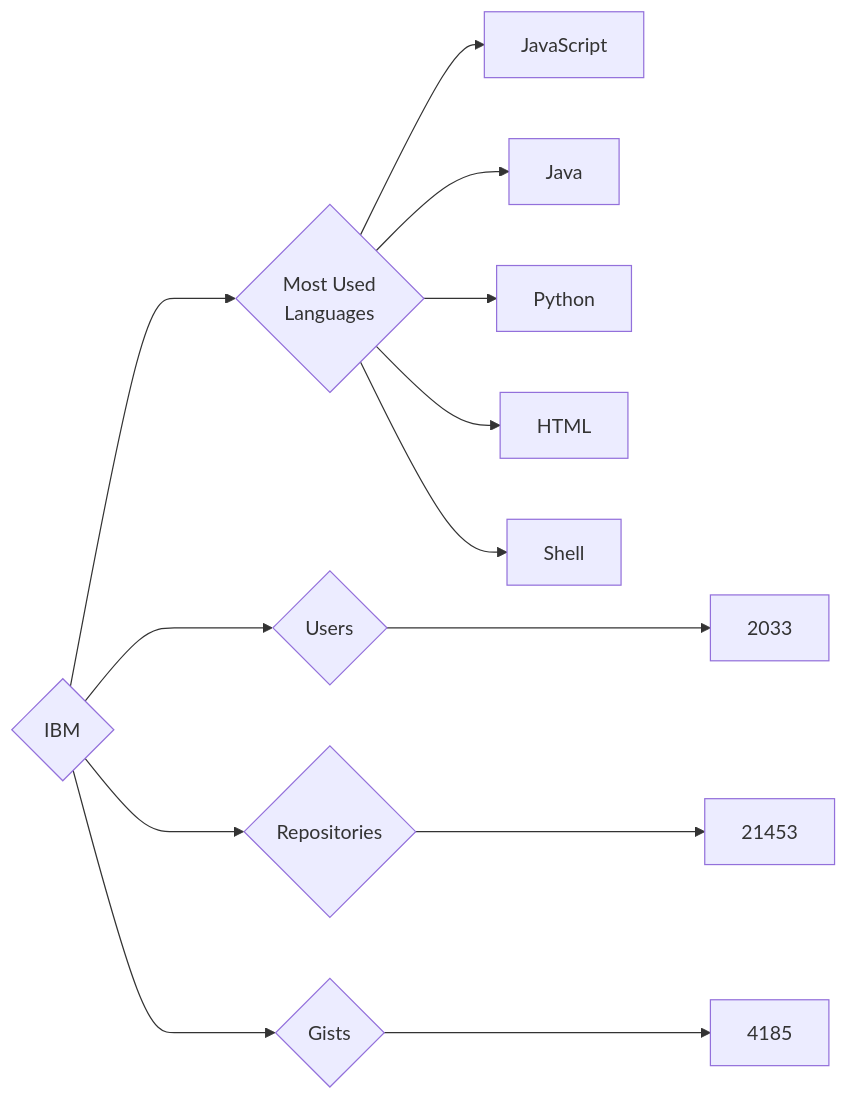
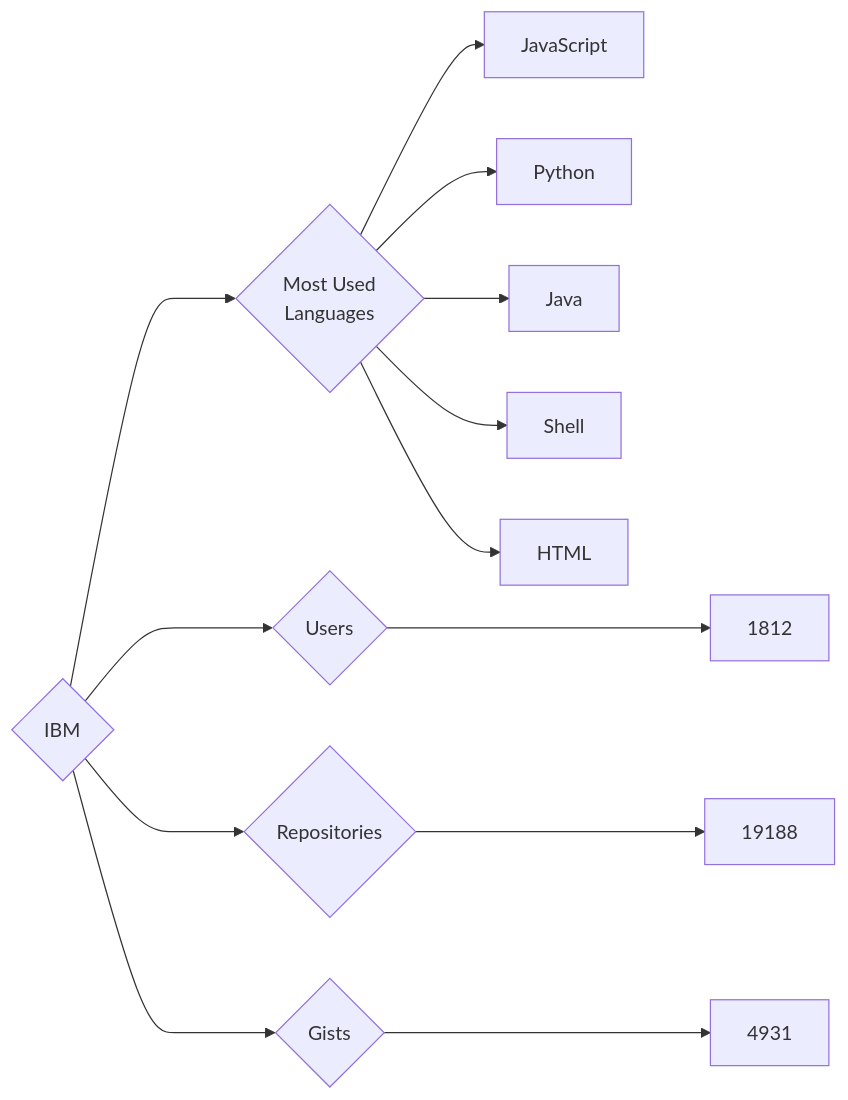
One commit to trickest/insiders changed the diagram in targets/IBM/README.md. Above: the diagram before and after it, drawn with Mermaid. The commit also changed 622 other files, not shown here.

````diff
--- a/targets/IBM/README.md
+++ b/targets/IBM/README.md
@@ -3,13 +3,13 @@
 ```mermaid
 graph LR
 COMPANY_NAME{IBM}
-COMPANY_NAME ---> U{Users} ---> UN[2033]
-COMPANY_NAME ---> R{Repositories} ---> RN[21453]
-COMPANY_NAME ---> G{Gists} ---> GN[4185]
+COMPANY_NAME ---> U{Users} ---> UN[1812]
+COMPANY_NAME ---> R{Repositories} ---> RN[19188]
+COMPANY_NAME ---> G{Gists} ---> GN[4931]
 COMPANY_NAME ---> ML{Most Used<br>Languages}
 ML --> JavaScript[JavaScript]
+ML --> Python[Python]
 ML --> Java[Java]
-ML --> Python[Python]
+ML --> Shell[Shell]
 ML --> HTML[HTML]
-ML --> Shell[Shell]
 ```
````
